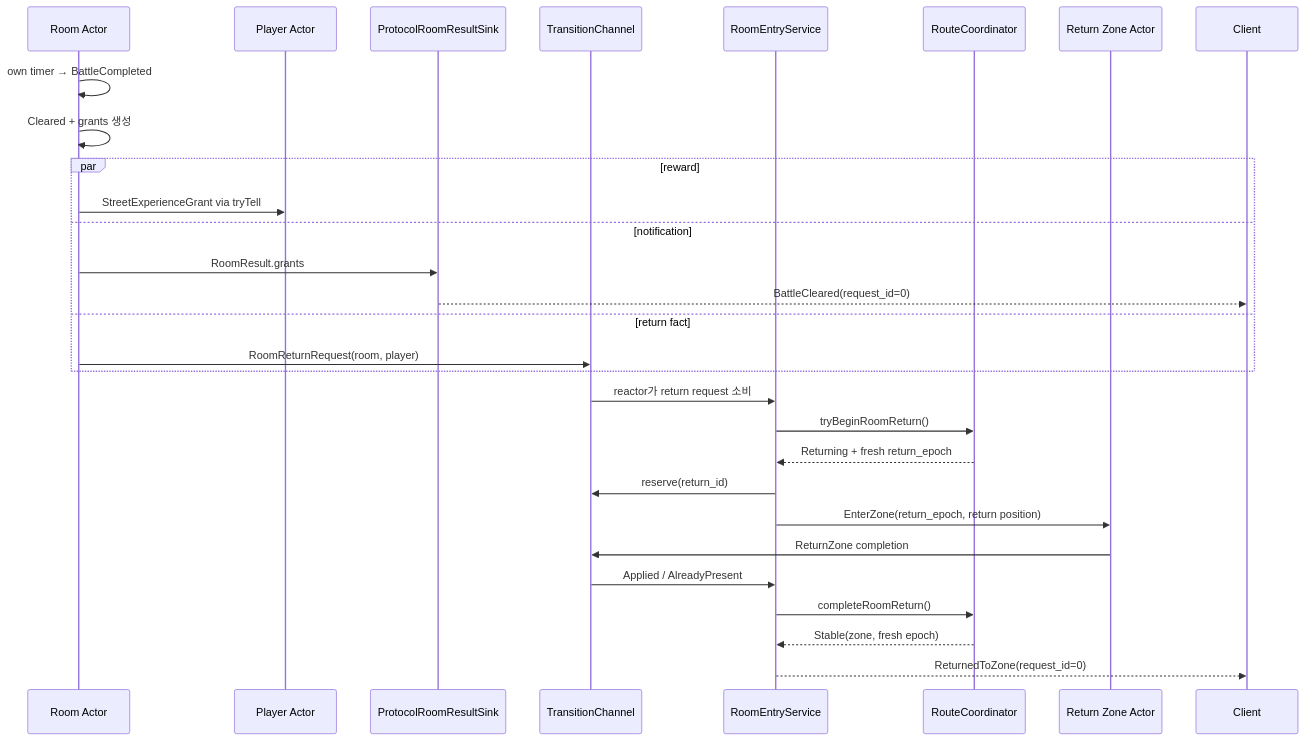
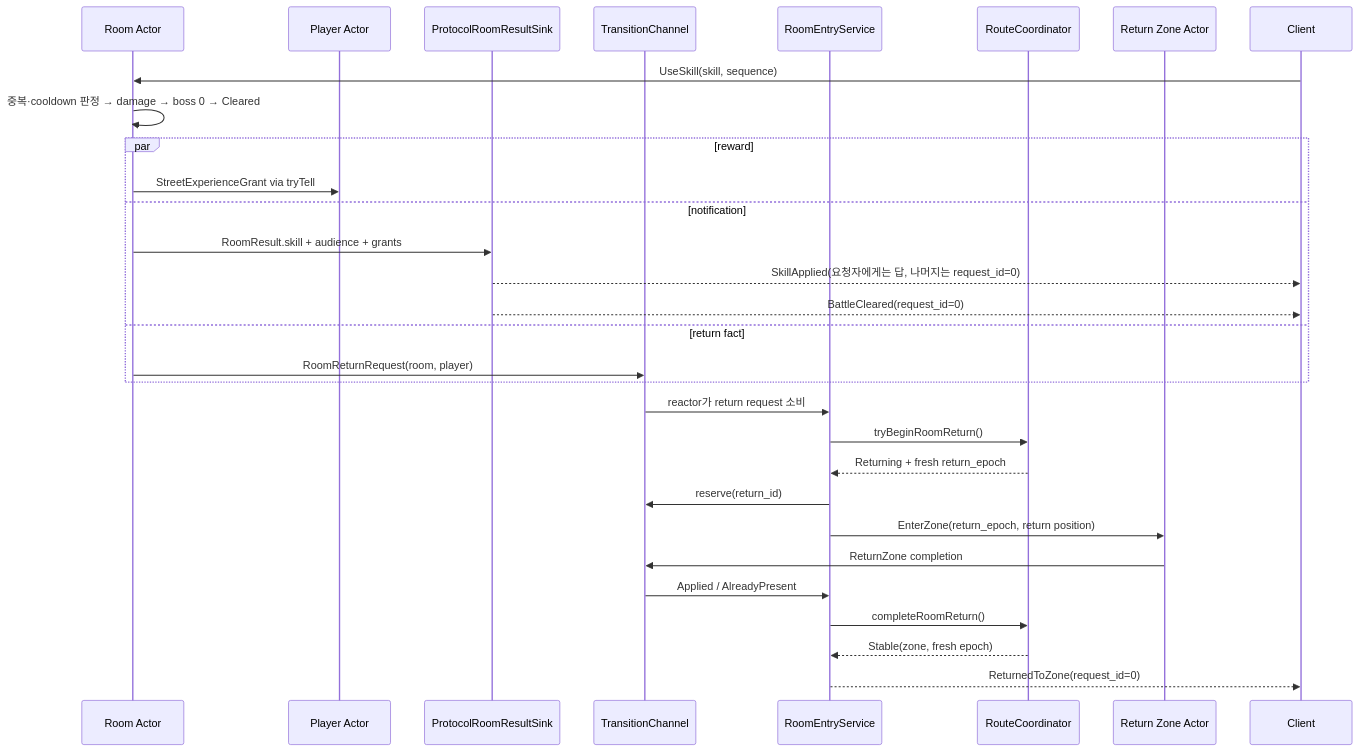
The fourth of 5 diagrams in docs/actor-interaction-architecture.md (oak-cassia/SnF), drawn with Mermaid before and after one commit. The commit also changed other lines of this file and 26 other files, not shown here.

````diff
--- a/docs/actor-interaction-architecture.md
+++ b/docs/actor-interaction-architecture.md
@@ -289,32 +298,33 @@
 ```mermaid
 sequenceDiagram
     participant R as Room Actor
     participant P as Player Actor
     participant PS as ProtocolRoomResultSink
     participant Q as TransitionChannel
     participant S as RoomEntryService
     participant RC as RouteCoordinator
     participant Z as Return Zone Actor
     participant C as Client
 
-    R->>R: own timer → BattleCompleted
-    R->>R: Cleared + grants 생성
+    C->>R: UseSkill(skill, sequence)
+    R->>R: 중복·cooldown 판정 → damage → boss 0 → Cleared
     par reward
         R->>P: StreetExperienceGrant via tryTell
     and notification
-        R->>PS: RoomResult.grants
+        R->>PS: RoomResult.skill + audience + grants
+        PS-->>C: SkillApplied(요청자에게는 답, 나머지는 request_id=0)
         PS-->>C: BattleCleared(request_id=0)
     and return fact
         R->>Q: RoomReturnRequest(room, player)
     end
     Q->>S: reactor가 return request 소비
     S->>RC: tryBeginRoomReturn()
     RC-->>S: Returning + fresh return_epoch
     S->>Q: reserve(return_id)
     S->>Z: EnterZone(return_epoch, return position)
     Z->>Q: ReturnZone completion
     Q->>S: Applied / AlreadyPresent
     S->>RC: completeRoomReturn()
     RC-->>S: Stable(zone, fresh epoch)
     S-->>C: ReturnedToZone(request_id=0)
 ```
````
